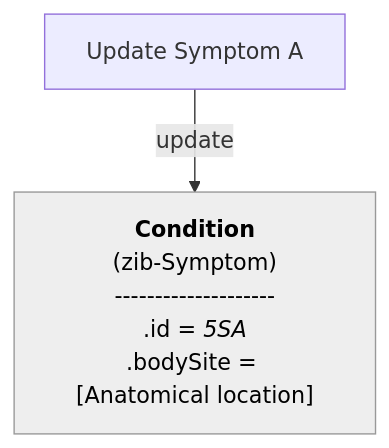
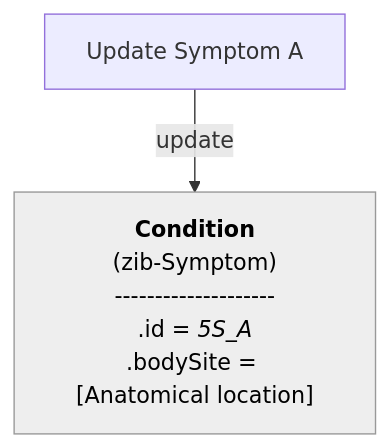
One commit to Nictiz/Nictiz-R4-zib2024 changed the seventh of 16 diagrams in documentation/Condition-Diagnosis-Symptom.md. Above: the diagram before and after it, drawn with Mermaid. The commit also changed other lines of this file, not shown here.

````diff
--- a/documentation/Condition-Diagnosis-Symptom.md
+++ b/documentation/Condition-Diagnosis-Symptom.md
@@ -254,15 +255,15 @@
 ```mermaid
 flowchart TB
 
 UpdateSymptom_A["`Update Symptom A`"]
     S_A["`**Condition**
         (zib-Symptom)
         --------------------
-        .id = _5SA_
+        .id = _5S_A_
         .bodySite = [Anatomical location]`"]
   
     S_A:::Ash
     classDef Ash stroke-width:1px, stroke-dasharray:none, stroke:#999999, fill:#EEEEEE, color:#000000
 
 UpdateSymptom_A -- update --> S_A
 ```
````
